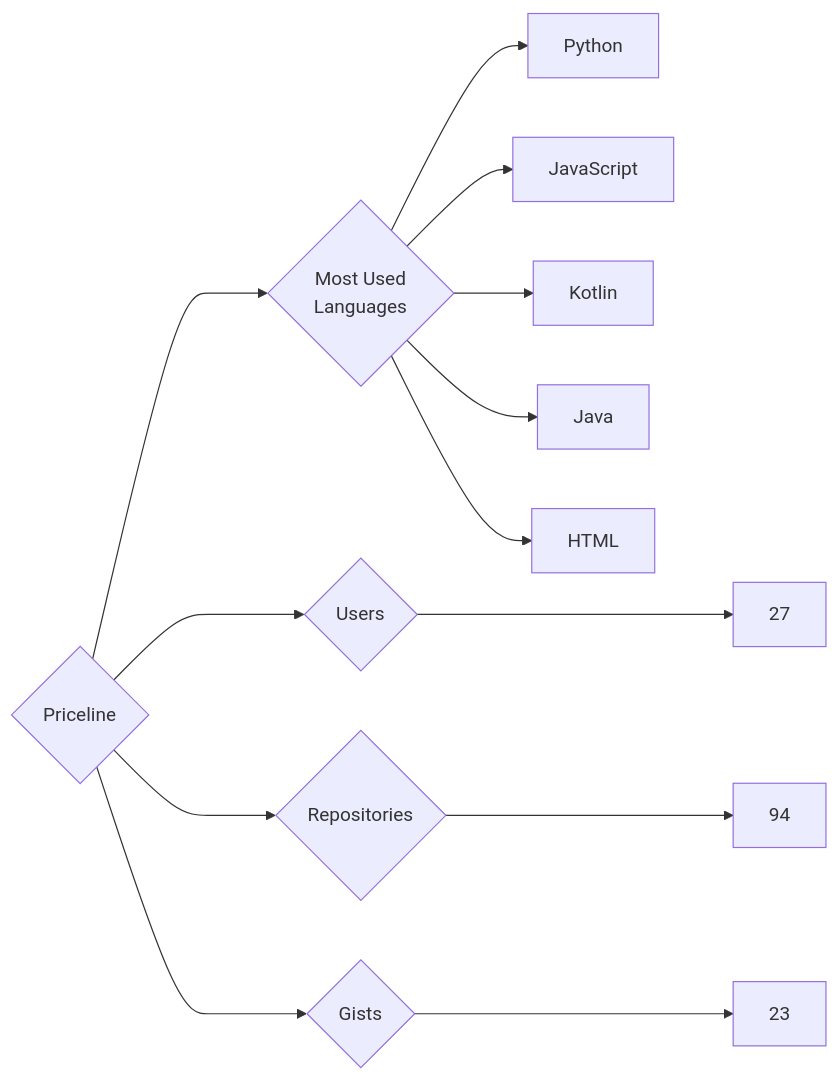
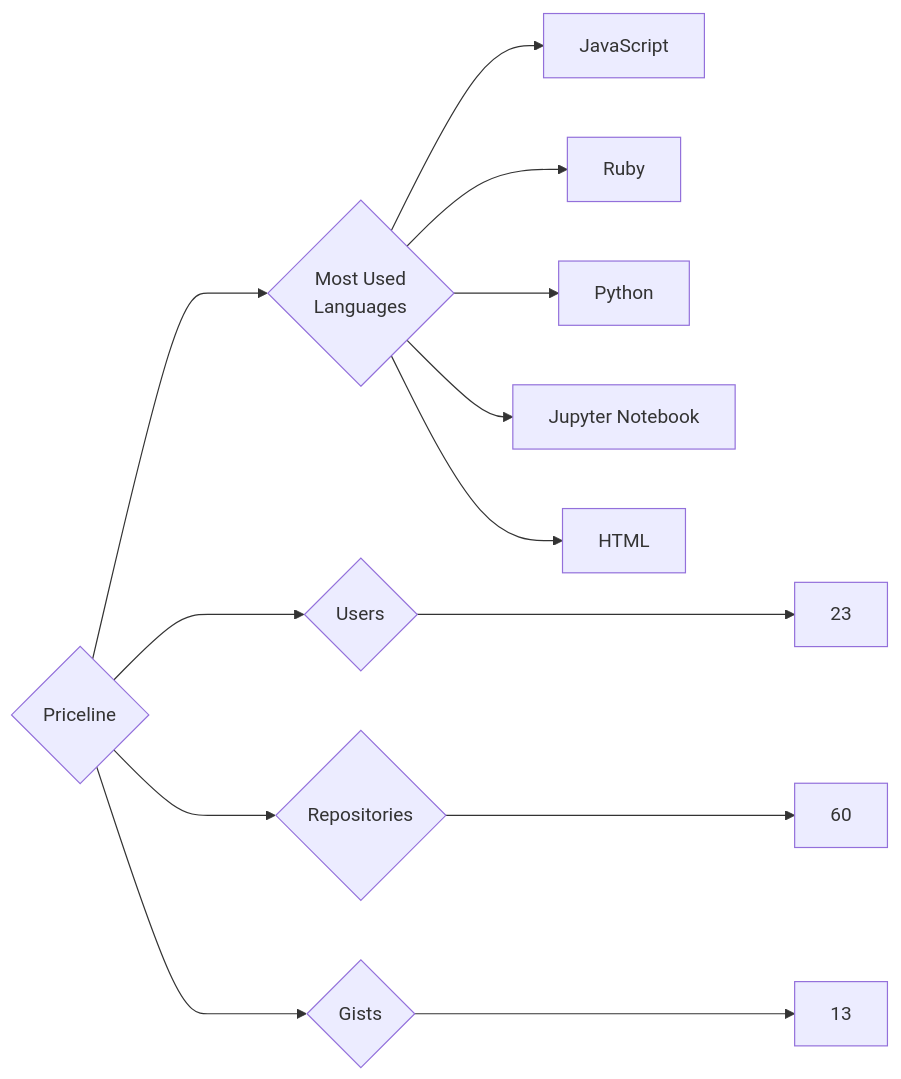
The diagram in targets/Priceline/README.md (trickest/insiders), drawn with Mermaid before and after one commit. The commit also changed 794 other files, not shown here.

````diff
--- a/targets/Priceline/README.md
+++ b/targets/Priceline/README.md
@@ -3,13 +3,13 @@
 ```mermaid
 graph LR
 COMPANY_NAME{Priceline}
-COMPANY_NAME ---> U{Users} ---> UN[27]
-COMPANY_NAME ---> R{Repositories} ---> RN[94]
-COMPANY_NAME ---> G{Gists} ---> GN[23]
+COMPANY_NAME ---> U{Users} ---> UN[23]
+COMPANY_NAME ---> R{Repositories} ---> RN[60]
+COMPANY_NAME ---> G{Gists} ---> GN[13]
 COMPANY_NAME ---> ML{Most Used<br>Languages}
+ML --> JavaScript[JavaScript]
+ML --> Ruby[Ruby]
 ML --> Python[Python]
-ML --> JavaScript[JavaScript]
-ML --> Kotlin[Kotlin]
-ML --> Java[Java]
+ML --> Jupyter_Notebook[Jupyter Notebook]
 ML --> HTML[HTML]
 ```
````
